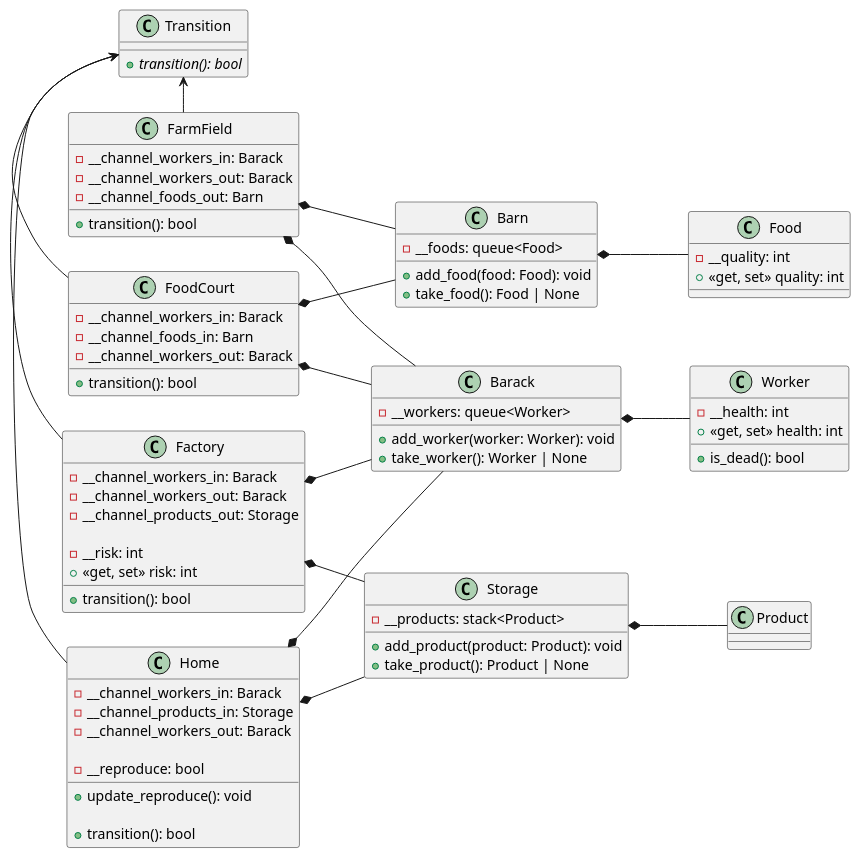
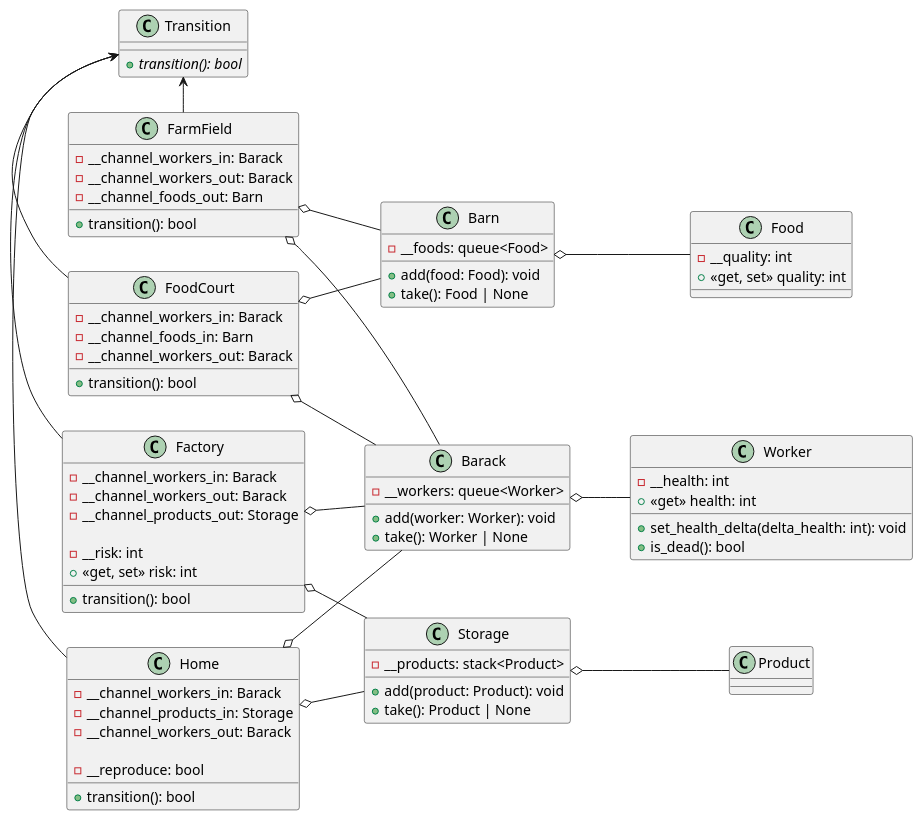
The diagram in SimSimsDesign.wsd (Gamingtoday093/SimSimsDesign), drawn with PlantUML before and after one commit. The commit also changed 1 other file, not shown here.

```diff
--- a/SimSimsDesign.wsd
+++ b/SimSimsDesign.wsd
@@ -1,106 +1,106 @@
 @startuml SimSimsDesign
 left to right direction
 
 /' Resources '/
 
 class Worker {
     - __health: int
-    + <<get, set>> health: int
+    + <<get>> health: int
+    + set_health_delta(delta_health: int): void
     + is_dead(): bool
 }
 
 class Food {
     - __quality: int
     + <<get, set>> quality: int
 }
 
 class Product {
     
 }
 
 /' Locations '/    
 
 class Barack {
     - __workers: queue<Worker>
 
-    + add_worker(worker: Worker): void
-    + take_worker(): Worker | None
+    + add(worker: Worker): void
+    + take(): Worker | None
 }
 
 class Barn {
     - __foods: queue<Food>
 
-    + add_food(food: Food): void
-    + take_food(): Food | None
+    + add(food: Food): void
+    + take(): Food | None
 }
 
 class Storage {
     - __products: stack<Product>
 
-    + add_product(product: Product): void
-    + take_product(): Product | None
+    + add(product: Product): void
+    + take(): Product | None
 }
 
 /' Transitions '/
 
 class Transition {
     + {abstract} transition(): bool
 }
 
 class Factory {
     - __channel_workers_in: Barack
     - __channel_workers_out: Barack
     - __channel_products_out: Storage
 
     - __risk: int
     + <<get, set>> risk: int
 
     + transition(): bool
 }
 
 class FarmField {
     - __channel_workers_in: Barack
     - __channel_workers_out: Barack
     - __channel_foods_out: Barn
 
     + transition(): bool
 }
 
 class FoodCourt {
     - __channel_workers_in: Barack
     - __channel_foods_in: Barn
     - __channel_workers_out: Barack
 
     + transition(): bool
 }
 
 class Home {
     - __channel_workers_in: Barack
     - __channel_products_in: Storage
     - __channel_workers_out: Barack
 
     - __reproduce: bool
-    + update_reproduce(): void
 
     + transition(): bool
 }
 
 Transition <- Factory
 Transition <- FarmField
 Transition <- FoodCourt
 Transition <- Home
 
-Factory *-- Barack
-Factory *-- Storage
-FarmField *-- Barack
-FarmField *-- Barn
-FoodCourt *-- Barack
-FoodCourt *-- Barn
-Home *-- Barack
-Home *-- Storage
+Factory o-- Barack
+Factory o-- Storage
+FarmField o-- Barack
+FarmField o-- Barn
+FoodCourt o-- Barack
+FoodCourt o-- Barn
+Home o-- Barack
+Home o-- Storage
 
-Barack *-- Worker
-Barn *-- Food
-Storage *-- Product
+Barack o-- Worker
+Barn o-- Food
+Storage o-- Product
 
 @enduml
```
